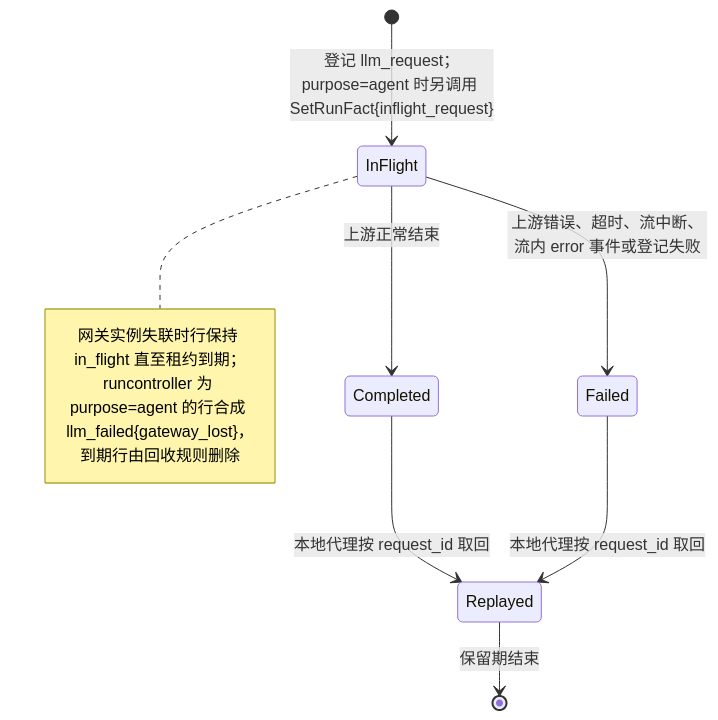
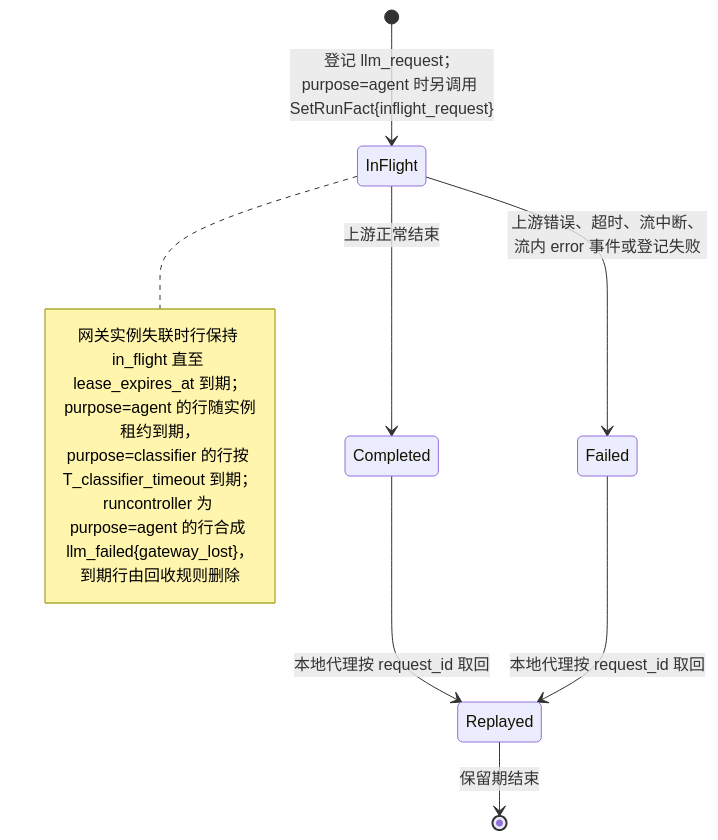
One commit to wangzw/castworks changed the second of 3 diagrams in docs/design/modules/design-llmgateway.md. Above: the diagram before and after it, drawn with Mermaid. The commit also changed other lines of this file and 9 other files, not shown here.

````diff
--- a/docs/design/modules/design-llmgateway.md
+++ b/docs/design/modules/design-llmgateway.md
@@ -181,14 +181,15 @@
 ```mermaid
 stateDiagram-v2
     [*] --> InFlight: 登记 llm_request；purpose=agent 时另调用 SetRunFact{inflight_request}
     InFlight --> Completed: 上游正常结束
     InFlight --> Failed: 上游错误、超时、流中断、流内 error 事件或登记失败
     Completed --> Replayed: 本地代理按 request_id 取回
     Failed --> Replayed: 本地代理按 request_id 取回
     Replayed --> [*]: 保留期结束
     note right of InFlight
-        网关实例失联时行保持 in_flight 直至租约到期；
+        网关实例失联时行保持 in_flight 直至 lease_expires_at 到期；
+        purpose=agent 的行随实例租约到期，purpose=classifier 的行按 T_classifier_timeout 到期；
         runcontroller 为 purpose=agent 的行合成 llm_failed{gateway_lost}，
         到期行由回收规则删除
     end note
 ```
````
